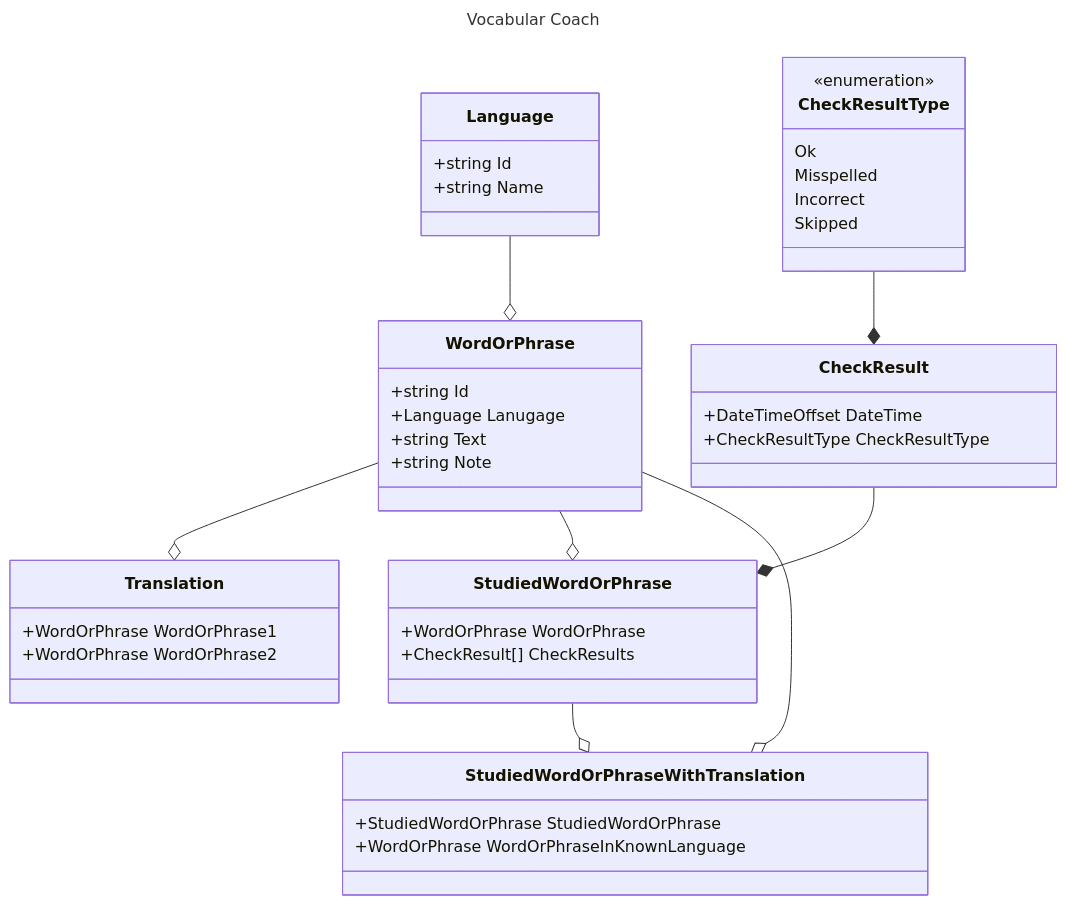
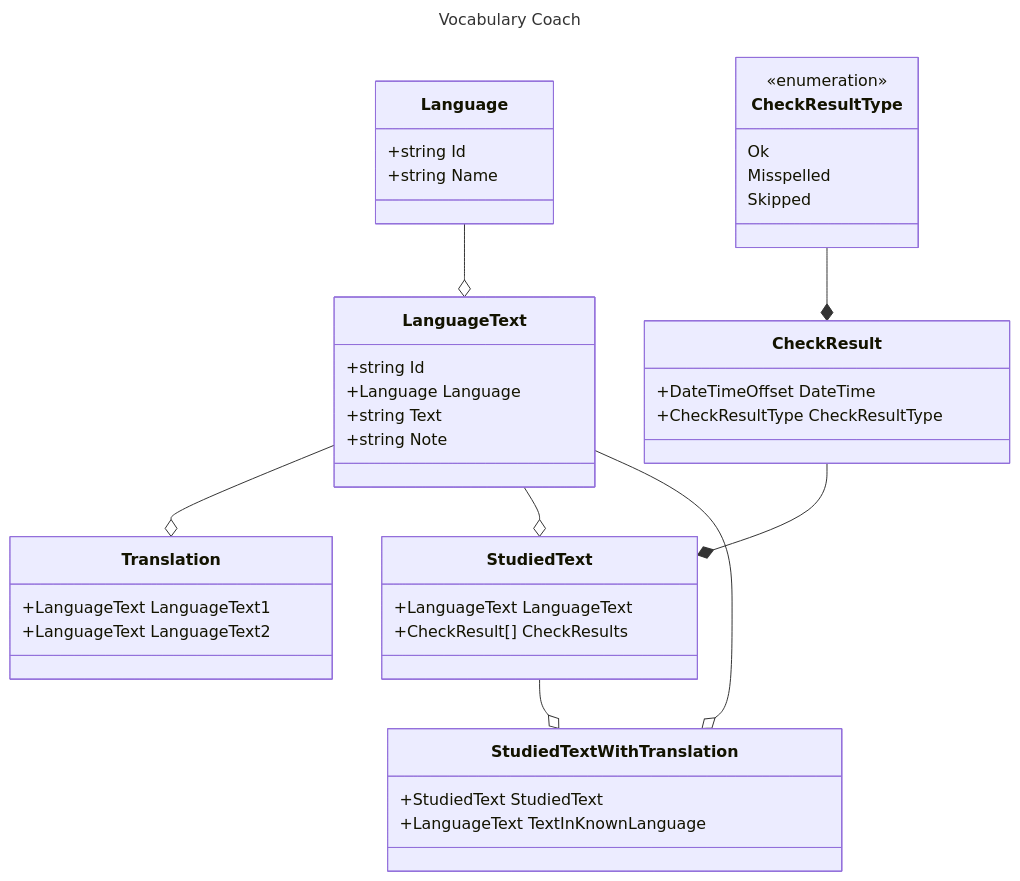
Before and after one commit to CodeFuller/language-tutor: the diagram in docs/Models.mmd, drawn with Mermaid. The commit also changed 10 other files, not shown here.

Commit message:
Replace model name 'WordOrPhrase' with 'Text'

```diff
--- a/docs/Models.mmd
+++ b/docs/Models.mmd
@@ -1,55 +1,54 @@
 ---
-title: Vocabular Coach
+title: Vocabulary Coach
 ---
 
 classDiagram
 direction BT
 
 class Language {
     +string Id
     +string Name
 }
 
-class WordOrPhrase {
+class LanguageText {
     +string Id
-    +Language Lanugage
+    +Language Language
     +string Text
     +string Note
 }
 
 class Translation {
-    +WordOrPhrase WordOrPhrase1
-    +WordOrPhrase WordOrPhrase2
+    +LanguageText LanguageText1
+    +LanguageText LanguageText2
 }
 
-class StudiedWordOrPhrase {
-    +WordOrPhrase WordOrPhrase
+class StudiedText {
+    +LanguageText LanguageText
     +CheckResult[] CheckResults
 }
 
 class CheckResult {
     +DateTimeOffset DateTime
     +CheckResultType CheckResultType
 }
 
 class CheckResultType {
     <<enumeration>>
     Ok
     Misspelled
-    Incorrect
     Skipped
 }
 
-class StudiedWordOrPhraseWithTranslation {
-    +StudiedWordOrPhrase StudiedWordOrPhrase
-    +WordOrPhrase WordOrPhraseInKnownLanguage
+class StudiedTextWithTranslation {
+    +StudiedText StudiedText
+    +LanguageText TextInKnownLanguage
 }
 
-WordOrPhrase o-- Language
-Translation o-- WordOrPhrase
-StudiedWordOrPhrase o-- WordOrPhrase
-StudiedWordOrPhrase *-- CheckResult
+LanguageText o-- Language
+Translation o-- LanguageText
+StudiedText o-- LanguageText
+StudiedText *-- CheckResult
 CheckResult *-- CheckResultType
 
-StudiedWordOrPhraseWithTranslation o-- StudiedWordOrPhrase
-StudiedWordOrPhraseWithTranslation o-- WordOrPhrase
+StudiedTextWithTranslation o-- StudiedText
+StudiedTextWithTranslation o-- LanguageText
```
